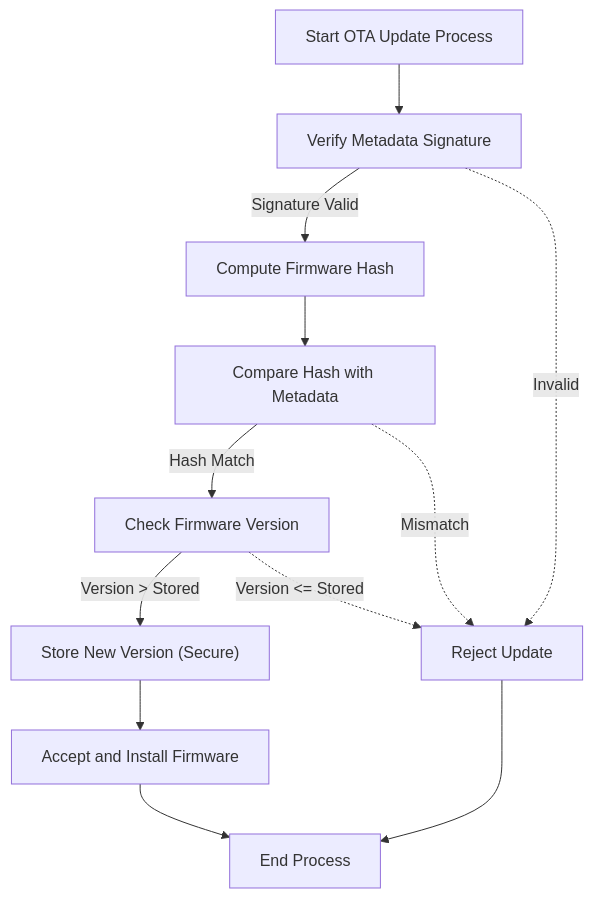
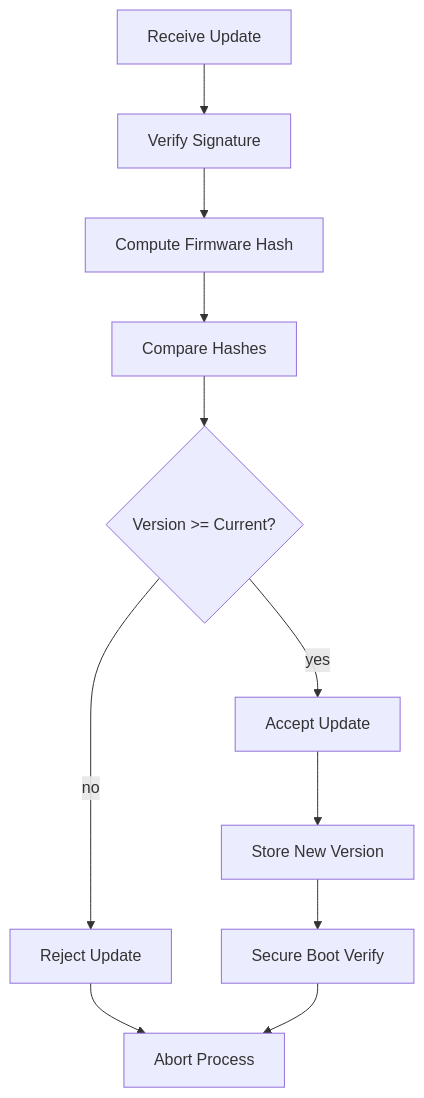
The first of 2 diagrams in outputs/03_protection-rollback_doc.md (CagriCatik/Clarion), drawn with Mermaid before and after one commit. The commit also changed other lines of this file and 9 other files, not shown here.

````diff
--- a/outputs/03_protection-rollback_doc.md
+++ b/outputs/03_protection-rollback_doc.md
@@ -23,24 +16,13 @@
 ```mermaid
 graph TD
-    Start["Start OTA Update Process"]
-    VerifySig["Verify Metadata Signature"]
-    ComputeHash["Compute Firmware Hash"]
-    CompareHash["Compare Hash with Metadata"]
-    VersionCheck["Check Firmware Version"]
-    StoreVersion["Store New Version (Secure)"]
-    Accept["Accept and Install Firmware"]
-    Reject["Reject Update"]
-    End["End Process"]
-
-    Start --> VerifySig
-    VerifySig -- "Signature Valid" --> ComputeHash
-    VerifySig -. "Invalid" .-> Reject
-    ComputeHash --> CompareHash
-    CompareHash -- "Hash Match" --> VersionCheck
-    CompareHash -. "Mismatch" .-> Reject
-    VersionCheck -- "Version > Stored" --> StoreVersion
-    VersionCheck -. "Version <= Stored" .-> Reject
-    StoreVersion --> Accept
-    Accept --> End
-    Reject --> End
-``` 
+    Receive_Update["Receive Update"] --> Verify_Signature["Verify Signature"]
+    Verify_Signature --> Compute_Hash["Compute Firmware Hash"]
+    Compute_Hash --> Compare_Hash["Compare Hashes"]
+    Compare_Hash --> Check_Version{"Version >= Current?"}
+    Check_Version -- "yes" --> Accept_Update["Accept Update"]
+    Check_Version -- "no" --> Reject_Update["Reject Update"]
+    Accept_Update --> Update_Version_Storage["Store New Version"]
+    Update_Version_Storage --> Secure_Boot_Verify["Secure Boot Verify"]
+    Reject_Update --> End["Abort Process"]
+    Secure_Boot_Verify --> End
+```
````
